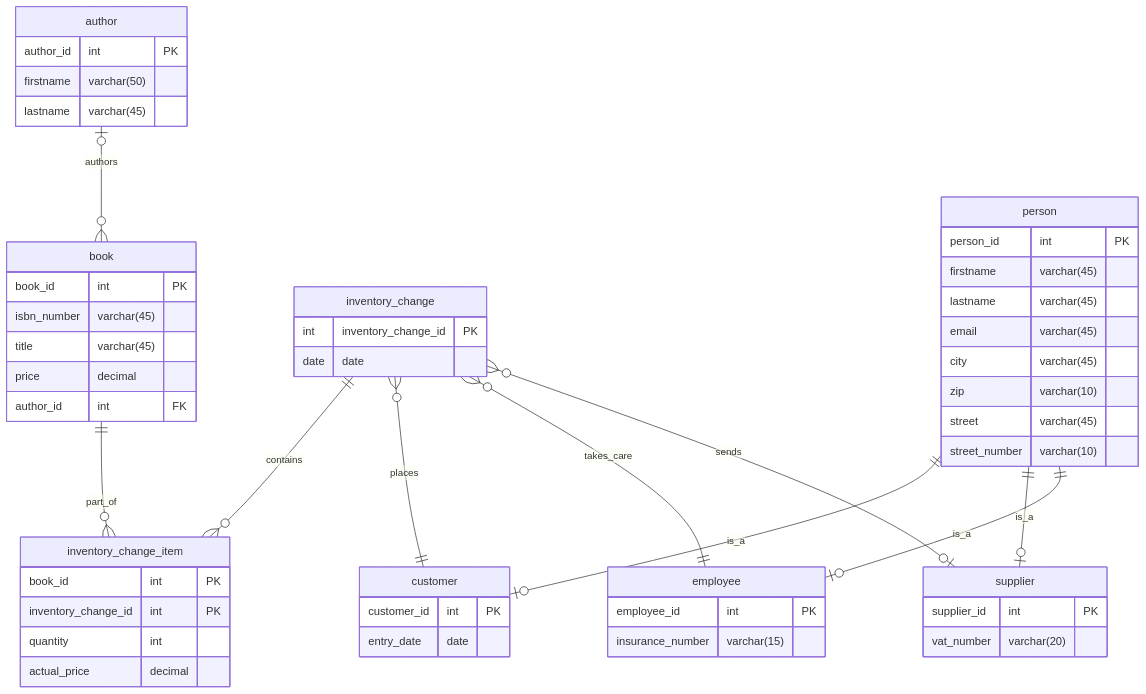
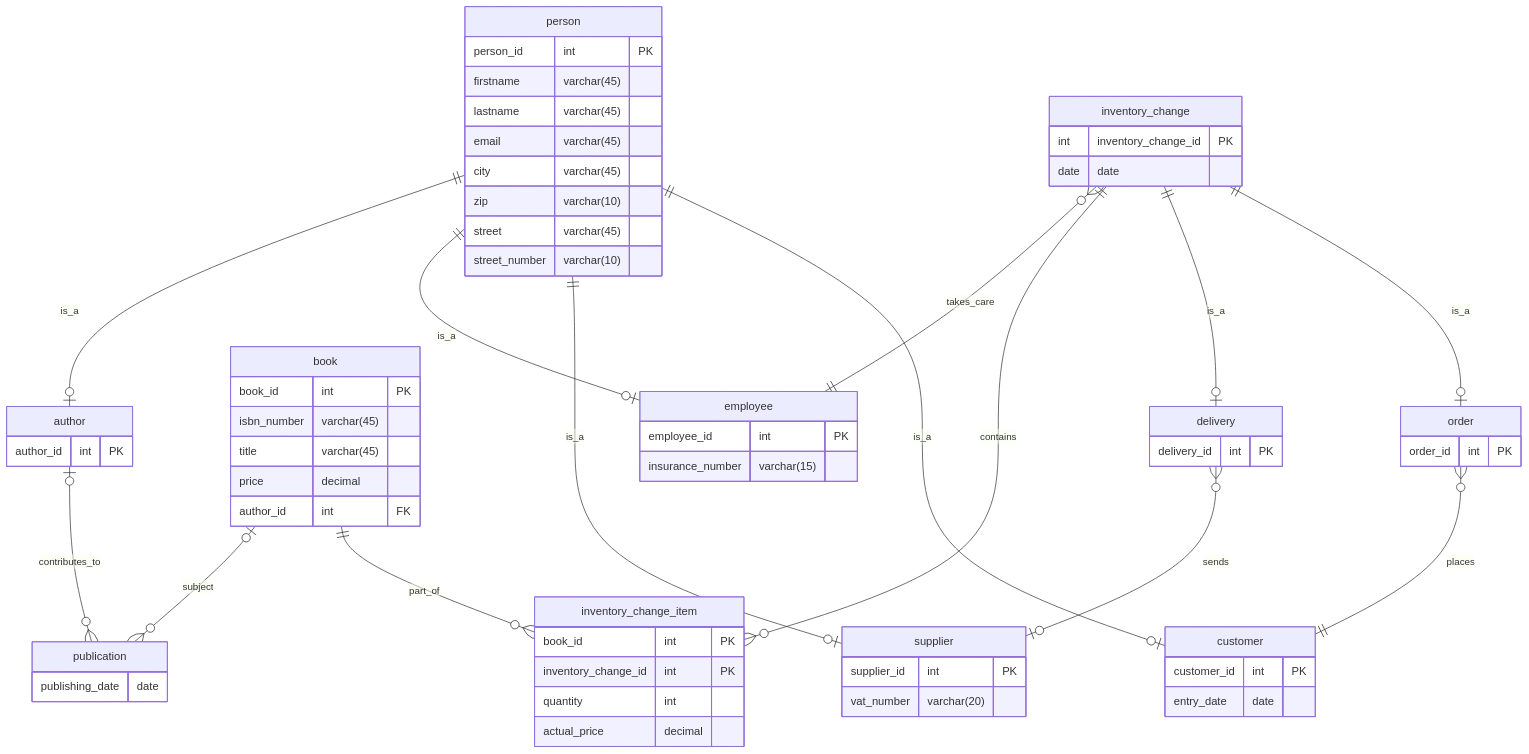
The third of 3 diagrams in docs_source/solutions/mt_bookstore.md (mckoh/data-book), drawn with Mermaid before and after one commit. The commit also changed other lines of this file, not shown here.

Commit message:
added detailed description of solutions

````diff
--- a/docs_source/solutions/mt_bookstore.md
+++ b/docs_source/solutions/mt_bookstore.md
@@ -196,68 +209,83 @@
 ``` mermaid
 erDiagram
 
     author {
         author_id int PK
-        firstname varchar(50)
-        lastname varchar(45)
+    }
+
+    publication {
+        publishing_date date
     }
 
     book {
         book_id int PK
         isbn_number varchar(45)
         title varchar(45)
         price decimal
         author_id int FK
     }
 
     inventory_change {
         int inventory_change_id PK
         date date
     }
 
     inventory_change_item {
         book_id int  PK
         inventory_change_id int PK
         quantity int
         actual_price decimal
+    }
+
+    order {
+        order_id int PK
+    }
+
+    delivery {
+        delivery_id int PK
     }
 
     person {
         person_id int PK
         firstname varchar(45)
         lastname varchar(45)
         email varchar(45)
         city varchar(45)
         zip varchar(10)
         street varchar(45)
         street_number varchar(10)
     }
 
     customer {
         customer_id int PK
         entry_date date
     }
 
     employee {
         employee_id int PK
         insurance_number varchar(15)
     }
 
     supplier {
         supplier_id int PK
         vat_number varchar(20)
     }
 
+    inventory_change ||--o| order : is_a
+    inventory_change ||--o| delivery : is_a
+
     book ||--o{ inventory_change_item : part_of
     inventory_change ||--o{ inventory_change_item : contains
-    author |o--o{ book : authors
+    author |o--o{ publication : contributes_to
+    book |o--o{ publication : subject
 
     person ||--o| customer : is_a
     person ||--o| supplier : is_a
     person ||--o| employee : is_a
+    person ||--o| author : is_a
 
-    inventory_change }o--|| customer : places
+    order }o--|| customer : places
     inventory_change }o--|| employee : takes_care
-    inventory_change }o--o| supplier : sends
+    delivery }o--o| supplier : sends
 
 ```
````
